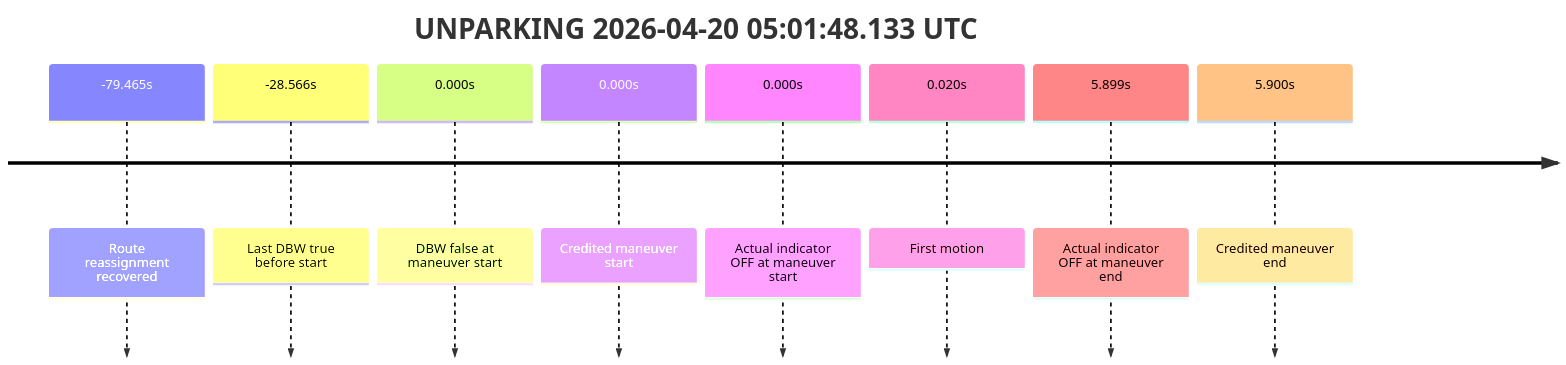
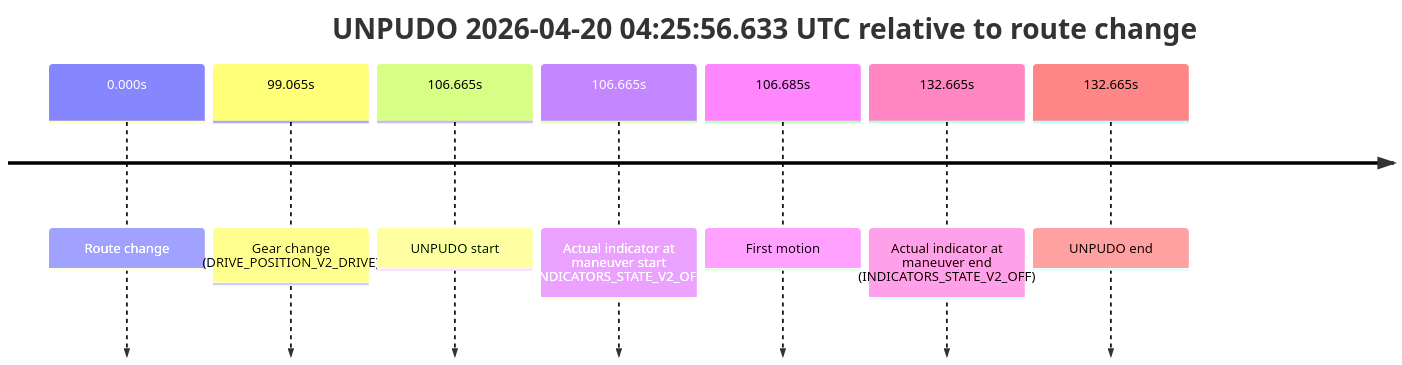
One commit to yoelshapiro/vault changed the first of 5 diagrams in model_analysis/report_cards/2026/04/Week-4/fme10011--2026-04-20--03-53-04--gen2-av-850e5b7c-de73-4684-be82-3d23281dc919.md. Above: the diagram before and after it, drawn with Mermaid. The commit also changed other lines of this file and 1 other file, not shown here.

````diff
--- a/model_analysis/report_cards/2026/04/Week-4/fme10011--2026-04-20--03-53-04--gen2-av-850e5b7c-de73-4684-be82-3d23281dc919.md
+++ b/model_analysis/report_cards/2026/04/Week-4/fme10011--2026-04-20--03-53-04--gen2-av-850e5b7c-de73-4684-be82-3d23281dc919.md
@@ -39,12 +40,11 @@
 ```mermaid
 timeline
-    title UNPARKING 2026-04-20 05:01:48.133 UTC
-    -79.465s : Route reassignment recovered
-    -28.566s : Last DBW true before start
-    0.000s : DBW false at maneuver start
-    0.000s : Credited maneuver start
-    0.000s : Actual indicator OFF at maneuver start
-    0.020s : First motion
-    5.899s : Actual indicator OFF at maneuver end
-    5.900s : Credited maneuver end
+    title UNPUDO 2026-04-20 04:25:56.633 UTC relative to route change
+    0.000s : Route change
+    99.065s : Gear change (DRIVE_POSITION_V2_DRIVE)
+    106.665s : UNPUDO start
+    106.665s : Actual indicator at maneuver start (INDICATORS_STATE_V2_OFF)
+    106.685s : First motion
+    132.665s : Actual indicator at maneuver end (INDICATORS_STATE_V2_OFF)
+    132.665s : UNPUDO end
 ```
````
